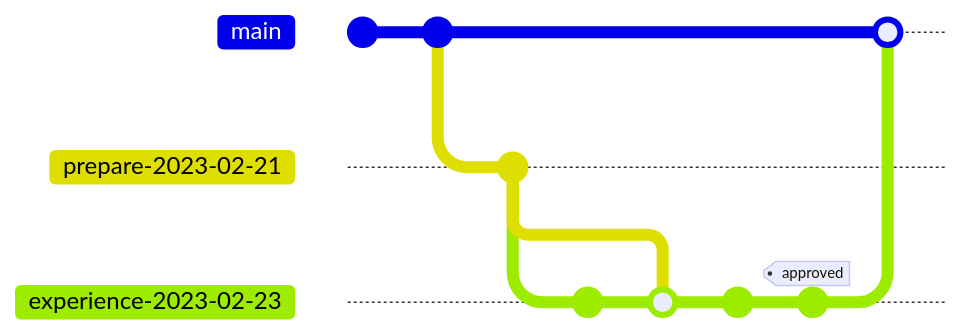
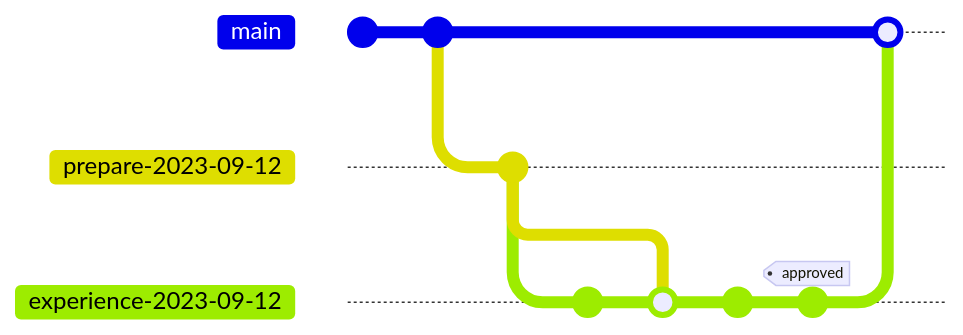
Before and after one commit to introcompsys/fall2023: the second of 6 diagrams in syllabus/badges.md, drawn with Mermaid. The commit also changed other lines of this file and 35 other files, not shown here. Commit ids are hidden.

````diff
--- a/syllabus/badges.md
+++ b/syllabus/badges.md
@@ -45,17 +49,17 @@
 ```{mermaid}
 gitGraph
    commit
    commit
    checkout main
-   branch prepare-2023-02-21
-   checkout prepare-2023-02-21
+   branch prepare-2023-09-12
+   checkout prepare-2023-09-12
    commit id: "gitunderstanding.md"
-   branch experience-2023-02-23
-   checkout experience-2023-02-23
+   branch experience-2023-09-12
+   checkout experience-2023-09-12
    commit id: "initexp"
-   merge prepare-2023-02-21
+   merge prepare-2023-09-12
    commit id: "fillinexp"
    commit id: "revisions" tag:"approved"
    checkout main
-   merge experience-2023-02-23
+   merge experience-2023-09-12
 ```
````
